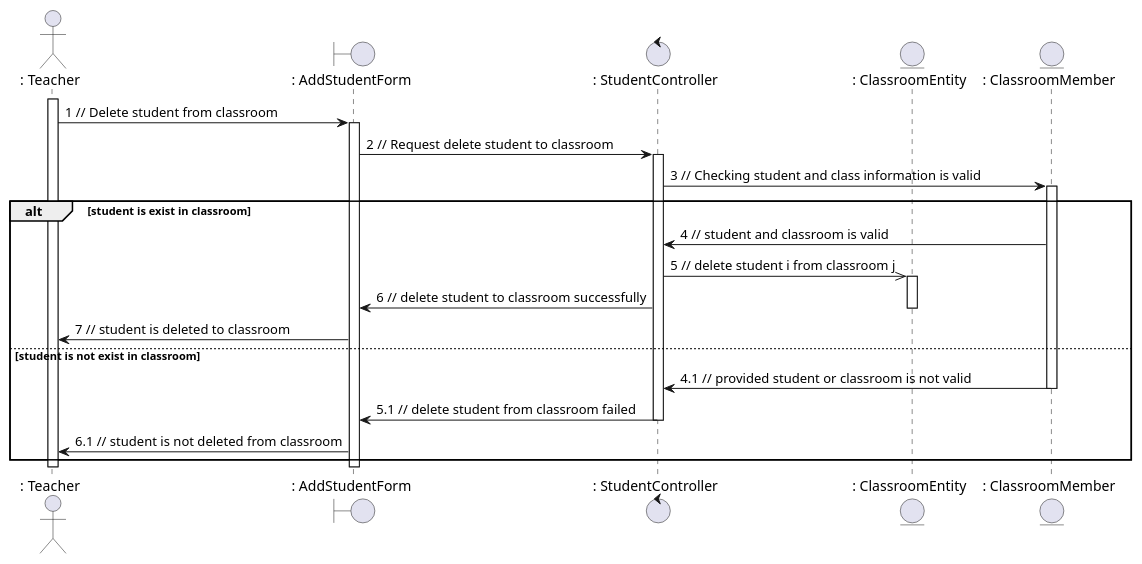
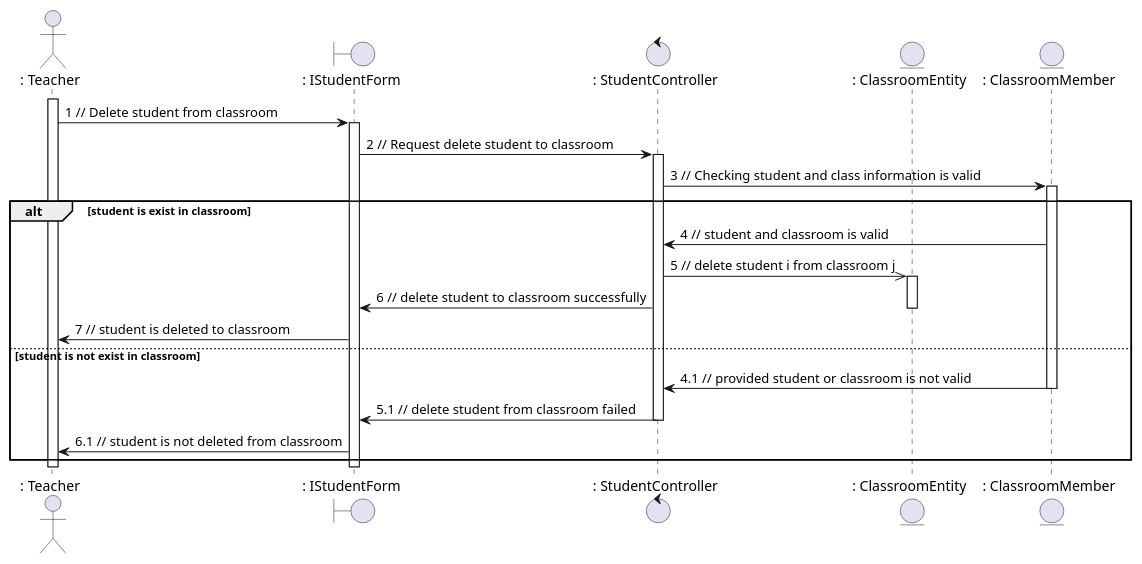
The diagram in sequence - analaysis/student /deleteStudent.plantuml (anonyhostvn/OOAD-Diagram), drawn with PlantUML before and after one commit. The commit also changed 5 other files, not shown here.

```diff
--- a/sequence - analaysis/student /deleteStudent.plantuml
+++ b/sequence - analaysis/student /deleteStudent.plantuml
@@ -1,35 +1,35 @@
 @startuml deleteStudent
 
 actor ": Teacher"
-boundary ": AddStudentForm"
+boundary ": IStudentForm"
 control ": StudentController"
 entity ": ClassroomEntity"
 entity ": ClassroomMember"
 
 activate ": Teacher"
-": Teacher" -> ": AddStudentForm": 1 // Delete student from classroom
-activate ": AddStudentForm"
-": AddStudentForm" -> ": StudentController": 2 // Request delete student to classroom
+": Teacher" -> ": IStudentForm": 1 // Delete student from classroom
+activate ": IStudentForm"
+": IStudentForm" -> ": StudentController": 2 // Request delete student to classroom
 activate ": StudentController"
 ": StudentController" -> ": ClassroomMember": 3 // Checking student and class information is valid
 activate ": ClassroomMember"
 alt student is exist in classroom
     ": ClassroomMember" -> ": StudentController": 4 // student and classroom is valid
     ": StudentController" ->> ": ClassroomEntity": 5 // delete student i from classroom j
     activate ": ClassroomEntity" 
-    ": StudentController" -> ": AddStudentForm": 6 // delete student to classroom successfully
+    ": StudentController" -> ": IStudentForm": 6 // delete student to classroom successfully
     deactivate ": ClassroomEntity"
-    ": AddStudentForm" -> ": Teacher": 7 // student is deleted to classroom
+    ": IStudentForm" -> ": Teacher": 7 // student is deleted to classroom
 
 else student is not exist in classroom
     ": ClassroomMember" -> ": StudentController": 4.1 // provided student or classroom is not valid
     deactivate ": ClassroomMember"
-    ": StudentController" -> ": AddStudentForm": 5.1 // delete student from classroom failed
+    ": StudentController" -> ": IStudentForm": 5.1 // delete student from classroom failed
     deactivate ": StudentController"
-    ": AddStudentForm" -> ": Teacher": 6.1 // student is not deleted from classroom
+    ": IStudentForm" -> ": Teacher": 6.1 // student is not deleted from classroom
 end
 
-deactivate ": AddStudentForm"
+deactivate ": IStudentForm"
 deactivate ": Teacher"
 
 @enduml
```
